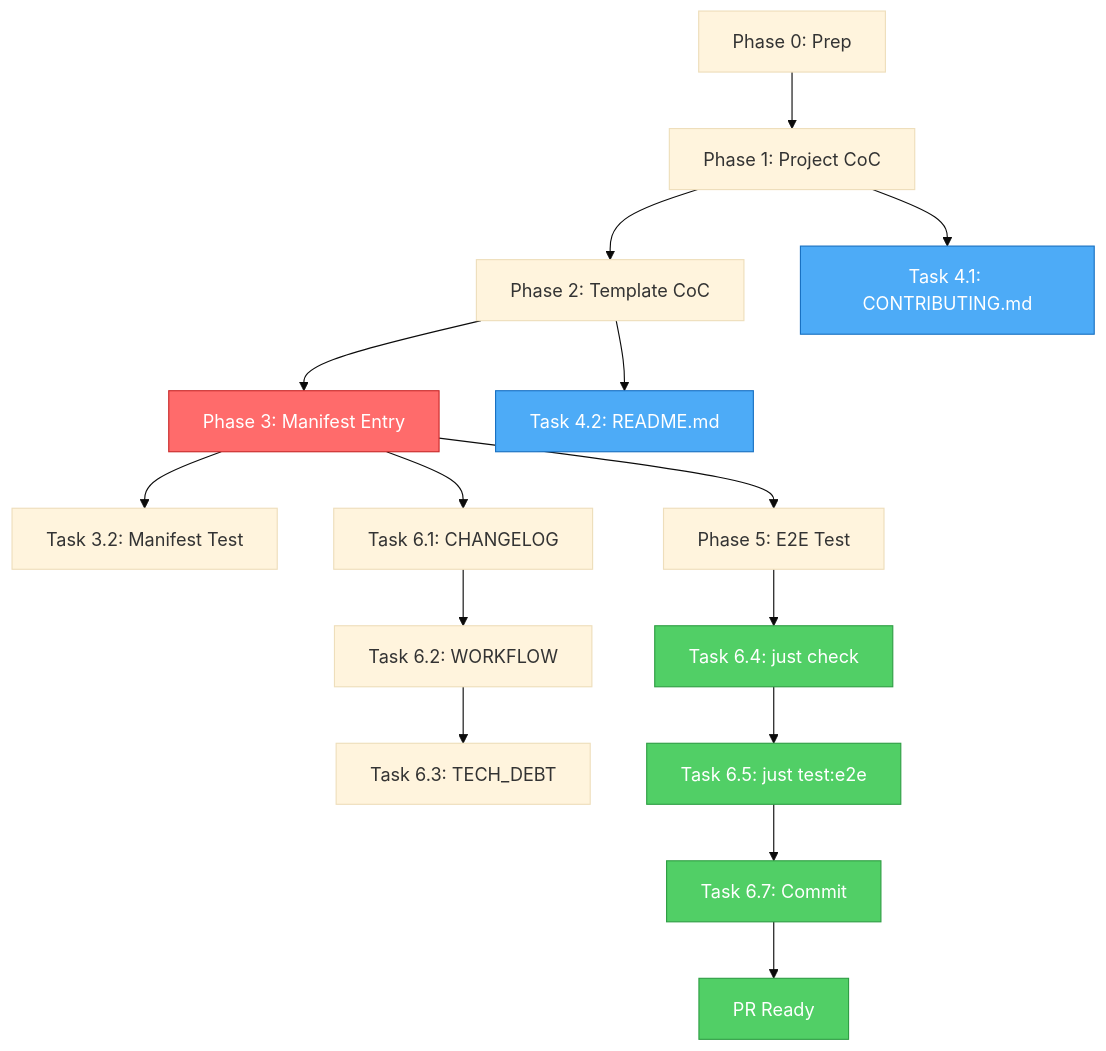
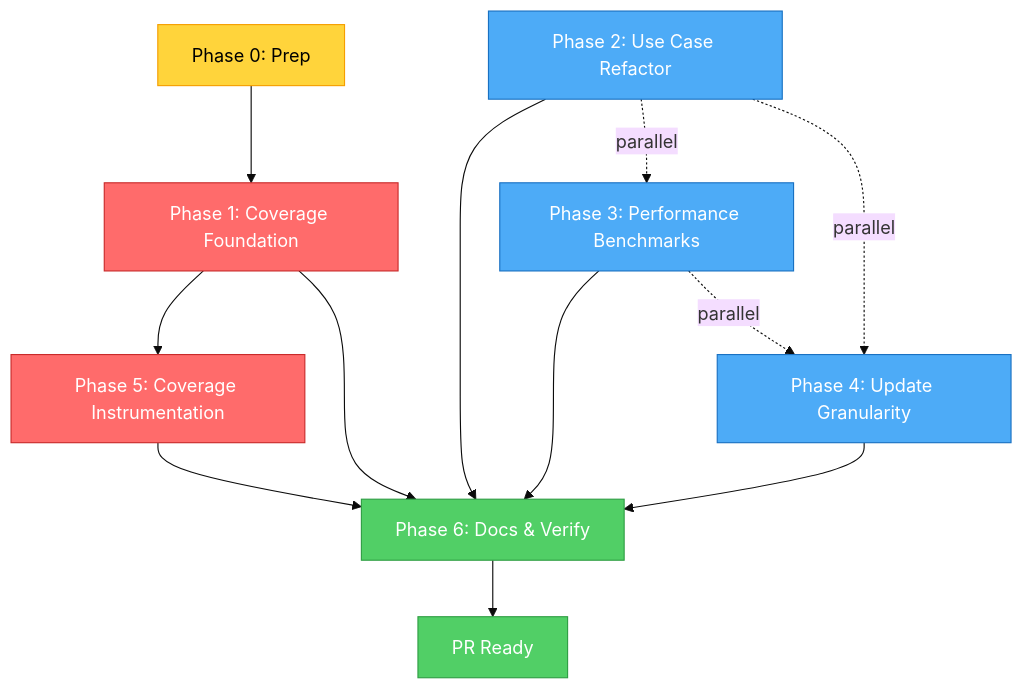
Before and after one commit to Fisherk2/codice-opencode: the diagram in tasks/todo.md, drawn with Mermaid (base theme). The commit also changed other lines of this file and 1 other file, not shown here.

First line of the commit message:
docs(plan): establish FEV-16 v1.2.0 pre-release tech debt closure plan

````diff
--- a/tasks/todo.md
+++ b/tasks/todo.md
@@ -176,25 +248,27 @@
 ```mermaid
 graph TD
-    P0[Phase 0: Prep] --> P1[Phase 1: Project CoC]
-    P1 --> P2[Phase 2: Template CoC]
-    P2 --> P3[Phase 3: Manifest Entry]
-    P3 --> P3T[Task 3.2: Manifest Test]
-    P1 --> P4A[Task 4.1: CONTRIBUTING.md]
-    P2 --> P4B[Task 4.2: README.md]
-    P3 --> P5[Phase 5: E2E Test]
-    P3 --> P6A[Task 6.1: CHANGELOG]
-    P6A --> P6B[Task 6.2: WORKFLOW]
-    P6B --> P6C[Task 6.3: TECH_DEBT]
-    P5 --> P6D[Task 6.4: just check]
-    P6D --> P6E[Task 6.5: just test:e2e]
-    P6E --> P6F[Task 6.7: Commit]
-    P6F --> DONE[PR Ready]
-
+    P0[Phase 0: Prep] --> P1[Phase 1: Coverage Foundation]
+    P1 --> P5[Phase 5: Coverage Instrumentation]
+    P1 --> P6[Phase 6: Docs & Verify]
+    
+    P2[Phase 2: Use Case Refactor] --> P6
+    P3[Phase 3: Performance Benchmarks] --> P6
+    P4[Phase 4: Update Granularity] --> P6
+    
+    P5 --> P6
+    P2 -.->|parallel| P3
+    P2 -.->|parallel| P4
+    P3 -.->|parallel| P4
+    
+    P6 --> DONE[PR Ready]
+    
     classDef crit fill:#ff6b6b,stroke:#c92a2a,color:#fff
     classDef gate fill:#51cf66,stroke:#2f9e44,color:#fff
     classDef par fill:#4dabf7,stroke:#1971c2,color:#fff
-
-    class P3 crit
-    class P6D,P6E,P6F,DONE gate
-    class P4A,P4B par
+    classDef seq fill:#ffd43b,stroke:#f59f00,color:#000
+    
+    class P1,P5 crit
+    class P6,DONE gate
+    class P2,P3,P4 par
+    class P0 seq
 ```
````
